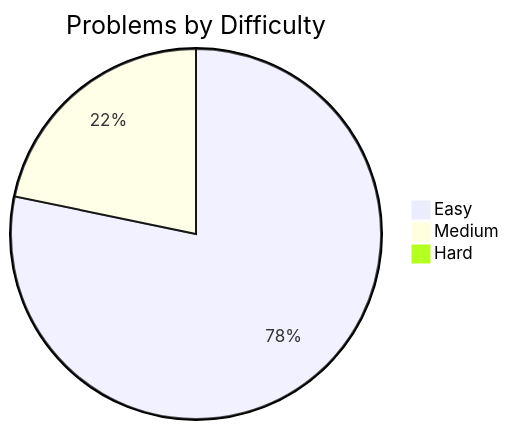
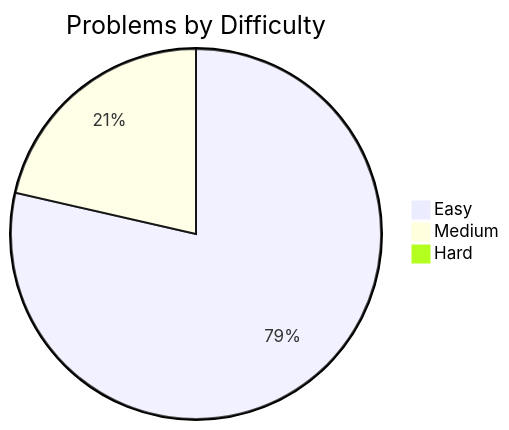
Before and after one commit to davelin18yufan/leetcode-journal: the diagram in README.md, drawn with Mermaid. The commit also changed other lines of this file and 6 other files, not shown here.

````diff
--- a/README.md
+++ b/README.md
@@ -7,7 +7,7 @@
 ```mermaid
 pie
     title Problems by Difficulty
-    "Easy" : 54
+    "Easy" : 55
     "Medium" : 15
     "Hard" : 0
 ```
````
